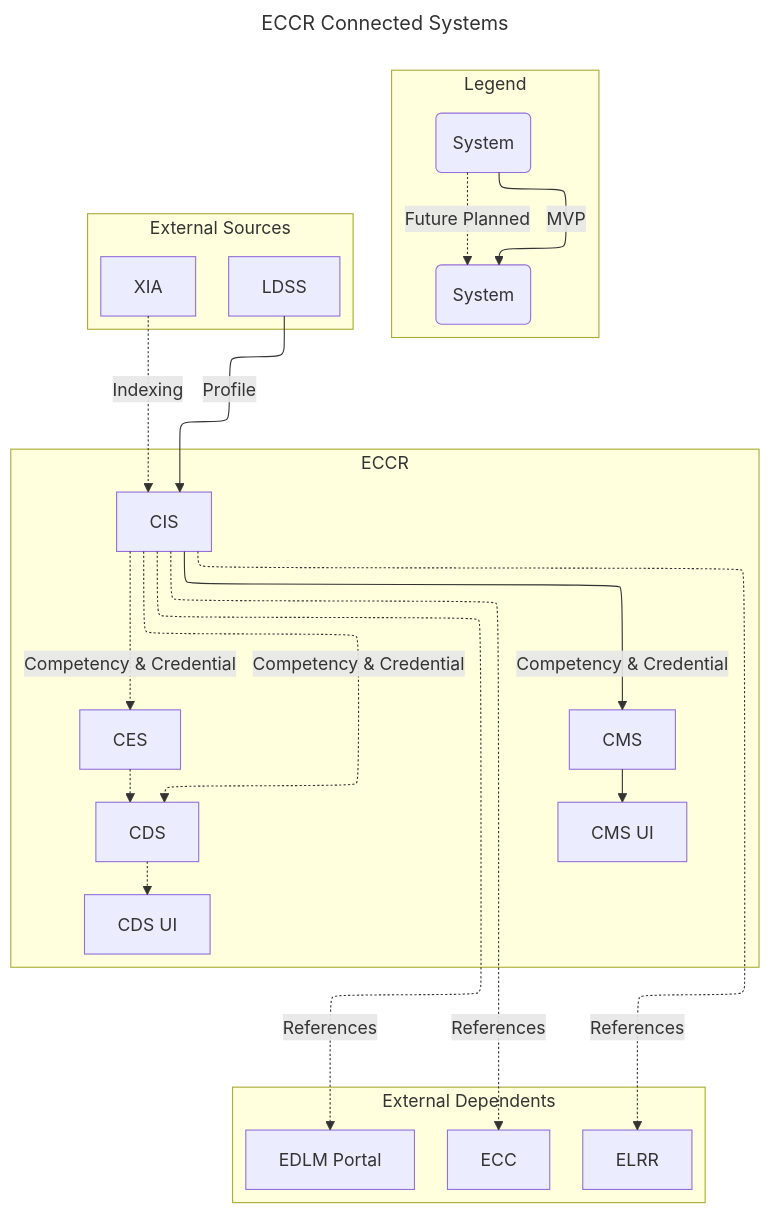
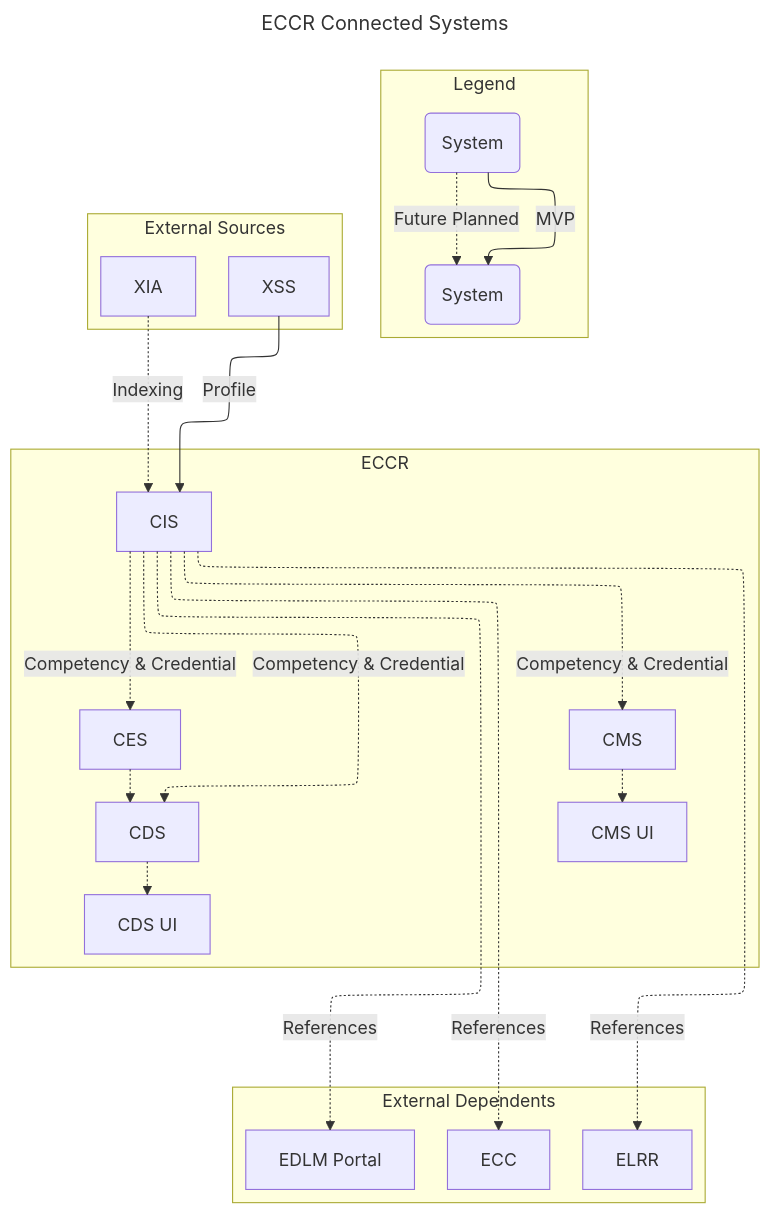
Before and after one commit to Creative-Learning-Services/eccr-cis: the diagram in README.md, drawn with Mermaid. The commit also changed other lines of this file, not shown here.

````diff
--- a/README.md
+++ b/README.md
@@ -5,37 +12,37 @@
 ```mermaid
 ---
 config:
         layout: elk
 title: ECCR Connected Systems
 ---
 graph TD;
         subgraph Legend
                 1("System")-->|MVP|2("System");
                 1("System")-.->|Future Planned|2("System");
         end
         subgraph External Sources
-                LDSS;
+                XSS;
                 XIA;
         end
         subgraph External Dependents
                 ECC;
                 ELRR;
                 EDLM[EDLM Portal];
         end
         subgraph ECCR
                 CIS;
                 CES;
                 CDS;
                 CMS;
                 CDSUI[CDS UI];
                 CMSUI[CMS UI];
         end
-        LDSS-->|Profile|CIS;
+        XSS-->|Profile|CIS;
         XIA-.->|Indexing|CIS;
         CIS-.->|References|ECC & ELRR & EDLM;
-        CIS-->|Competency & Credential|CMS;
+        CIS-.->|Competency & Credential|CMS;
         CIS-.->|Competency & Credential|CDS & CES;
-        CMS-->CMSUI;
+        CMS-.->CMSUI;
         CDS-.->CDSUI;
         CES-.->CDS;
 ```
````
